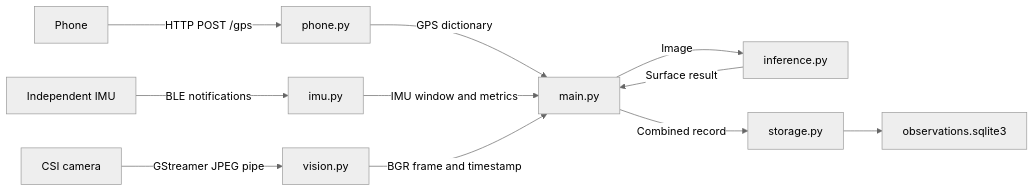
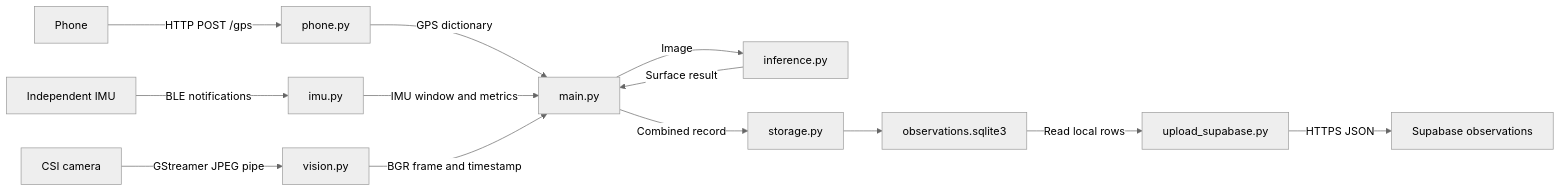
Before and after one commit to Fa1tumn/Mobility-Aware-Accessibility-Map-rubik: the diagram in README.md, drawn with Mermaid (neutral theme). The commit also changed other lines of this file and 1 other file, not shown here.

Commit message:
feat: implement Supabase uploader for SQLite observations

````diff
--- a/README.md
+++ b/README.md
@@ -7,13 +7,15 @@
 ```mermaid
 flowchart LR
     A[Phone] -->|HTTP POST /gps| B[phone.py]
     C[Independent IMU] -->|BLE notifications| D[imu.py]
     E[CSI camera] -->|GStreamer JPEG pipe| F[vision.py]
     B -->|GPS dictionary| G[main.py]
     D -->|IMU window and metrics| G
     F -->|BGR frame and timestamp| G
     G -->|Image| H[inference.py]
     H -->|Surface result| G
     G -->|Combined record| I[storage.py]
     I --> J[observations.sqlite3]
+    J -->|Read local rows| K[upload_supabase.py]
+    K -->|HTTPS JSON| L[Supabase observations]
 ```
````
